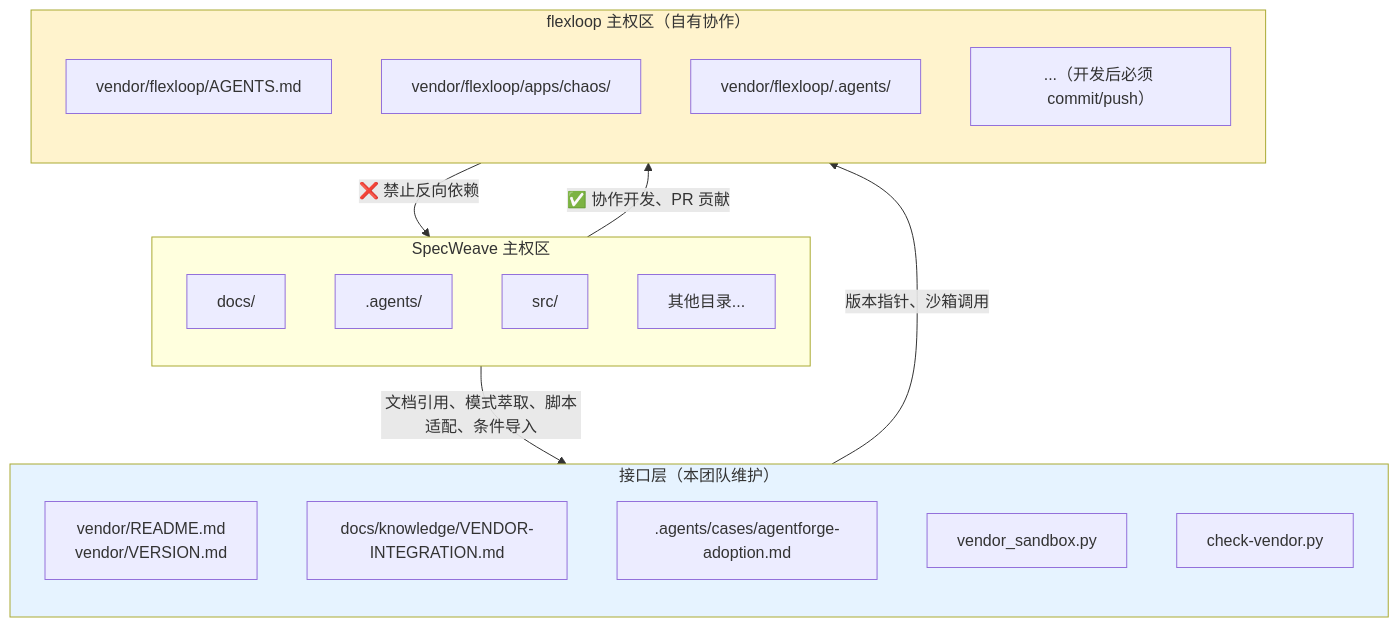
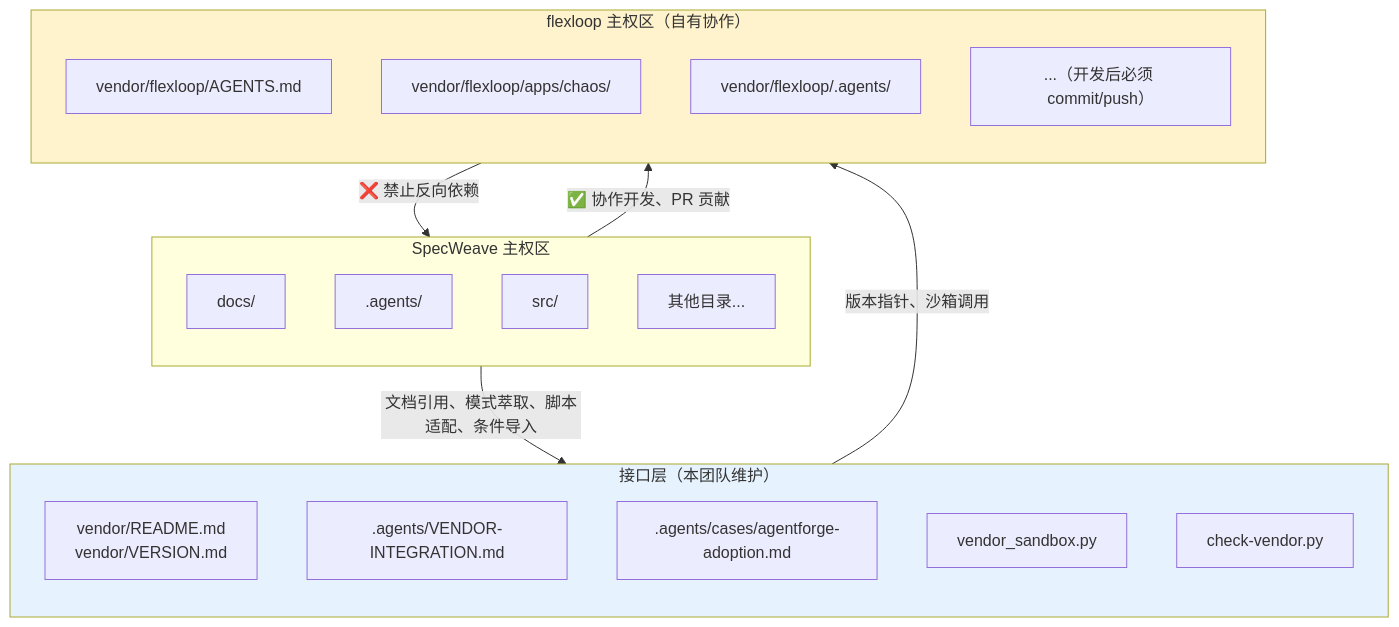
Before and after one commit to xinetzone/SpecWeave: the first of 2 diagrams in .agents/teams/flexloop-team.md, drawn with Mermaid. The commit also changed other lines of this file and 38 other files, not shown here.

````diff
--- a/.agents/teams/flexloop-team.md
+++ b/.agents/teams/flexloop-team.md
@@ -85,31 +85,31 @@
 ```mermaid
 flowchart TB
     subgraph SW ["SpecWeave 主权区"]
         direction TB
         SW1["docs/"]
         SW2[".agents/"]
         SW3["src/"]
         SW4["其他目录..."]
     end
     subgraph INTERFACE ["接口层（本团队维护）"]
         direction TB
         I1["vendor/README.md<br/>vendor/VERSION.md"]
-        I2["docs/knowledge/VENDOR-INTEGRATION.md"]
+        I2[".agents/VENDOR-INTEGRATION.md"]
         I3[".agents/cases/agentforge-adoption.md"]
         I4["vendor_sandbox.py"]
         I5["check-vendor.py"]
     end
     subgraph FL ["flexloop 主权区（自有协作）"]
         direction TB
         FL1["vendor/flexloop/AGENTS.md"]
         FL2["vendor/flexloop/apps/chaos/"]
         FL3["vendor/flexloop/.agents/"]
         FL4["...（开发后必须 commit/push）"]
     end
     SW -->|"文档引用、模式萃取、脚本适配、条件导入"| INTERFACE
     INTERFACE -->|"版本指针、沙箱调用"| FL
     FL -->|"❌ 禁止反向依赖"| SW
     SW -->|"✅ 协作开发、PR 贡献"| FL
     style FL fill:#fff3cd
     style INTERFACE fill:#e6f3ff
 ```
````
